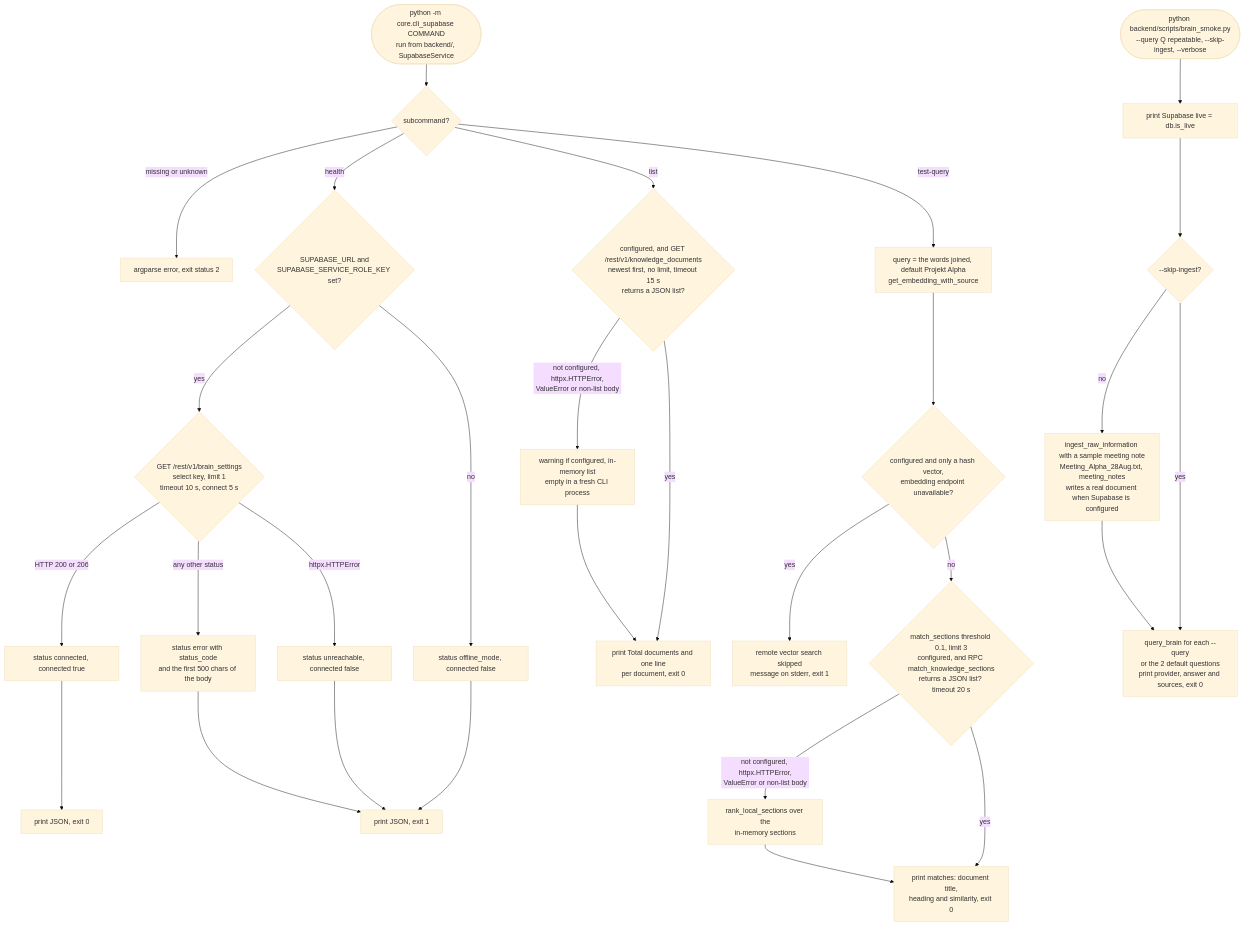
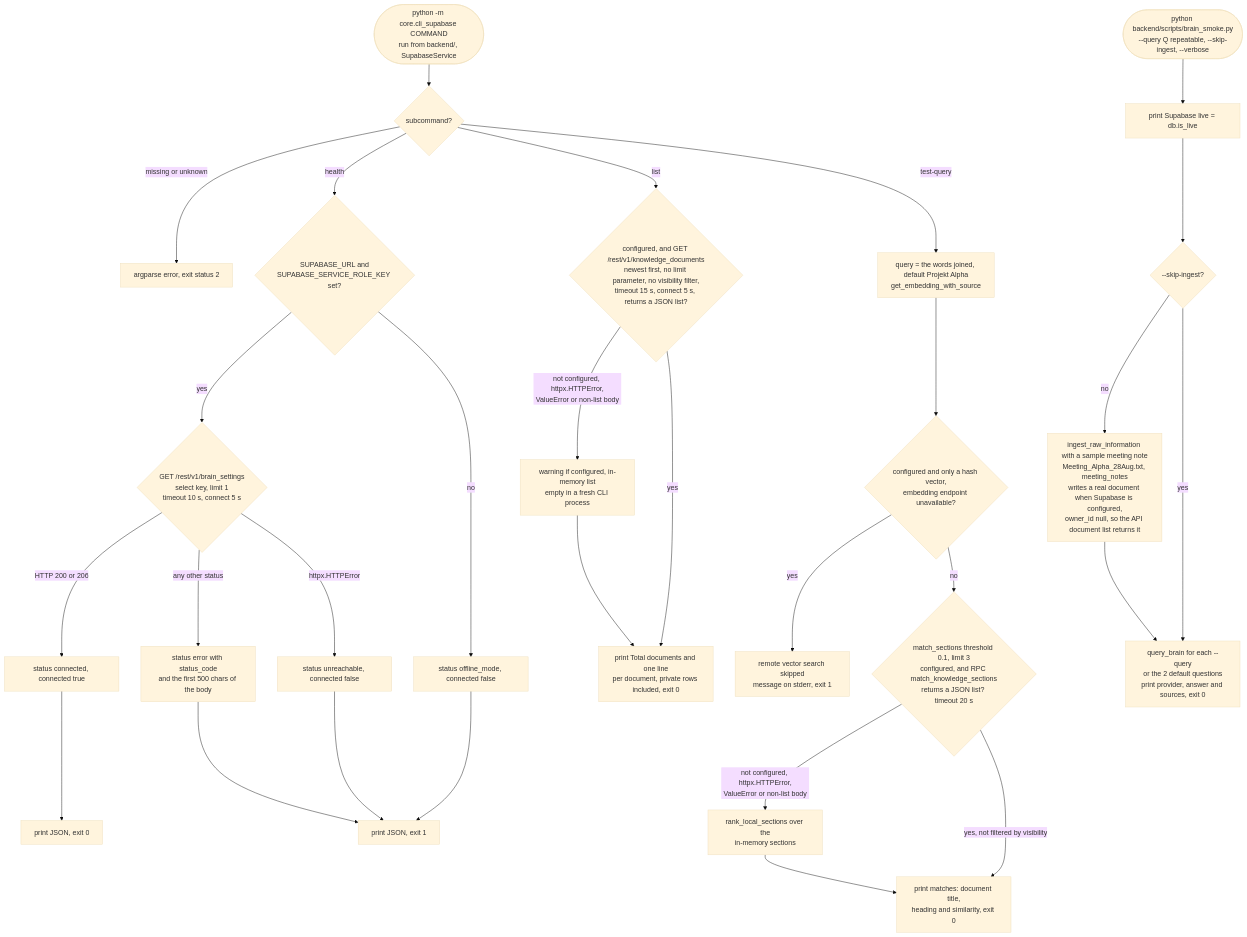
Before and after one commit to umutcantezgel-cpu/Starpi: the seventh of 7 diagrams in backend/README.md, drawn with Mermaid (base theme). The commit also changed other lines of this file and 15 other files, not shown here.

````diff
--- a/backend/README.md
+++ b/backend/README.md
@@ -359,31 +365,31 @@
 ```mermaid
 flowchart TD
     Cli(["python -m core.cli_supabase COMMAND<br/>run from backend/, SupabaseService"]) --> Parse{"subcommand?"}
     Parse -->|"missing or unknown"| ArgErr["argparse error, exit status 2"]
     Parse -->|"health"| HConf{"SUPABASE_URL and<br/>SUPABASE_SERVICE_ROLE_KEY set?"}
     HConf -->|"no"| HOff["status offline_mode, connected false"]
     HConf -->|"yes"| HGet{"GET /rest/v1/brain_settings<br/>select key, limit 1<br/>timeout 10 s, connect 5 s"}
     HGet -->|"httpx.HTTPError"| HUnr["status unreachable, connected false"]
     HGet -->|"HTTP 200 or 206"| HOk["status connected, connected true"]
     HGet -->|"any other status"| HErr["status error with status_code<br/>and the first 500 chars of the body"]
     HOk --> HExit0["print JSON, exit 0"]
     HOff --> HExit1["print JSON, exit 1"]
     HUnr --> HExit1
     HErr --> HExit1
-    Parse -->|"list"| LReq{"configured, and GET /rest/v1/knowledge_documents<br/>newest first, no limit, timeout 15 s<br/>returns a JSON list?"}
-    LReq -->|"yes"| LPrint["print Total documents and one line<br/>per document, exit 0"]
+    Parse -->|"list"| LReq{"configured, and GET /rest/v1/knowledge_documents<br/>newest first, no limit parameter, no visibility filter,<br/>timeout 15 s, connect 5 s, returns a JSON list?"}
+    LReq -->|"yes"| LPrint["print Total documents and one line<br/>per document, private rows included, exit 0"]
     LReq -->|"not configured, httpx.HTTPError,<br/>ValueError or non-list body"| LMem["warning if configured, in-memory list<br/>empty in a fresh CLI process"]
     LMem --> LPrint
     Parse -->|"test-query"| QText["query = the words joined, default Projekt Alpha<br/>get_embedding_with_source"]
     QText --> QReal{"configured and only a hash vector,<br/>embedding endpoint unavailable?"}
     QReal -->|"yes"| QE2["remote vector search skipped<br/>message on stderr, exit 1"]
     QReal -->|"no"| QM{"match_sections threshold 0.1, limit 3<br/>configured, and RPC match_knowledge_sections<br/>returns a JSON list? timeout 20 s"}
-    QM -->|"yes"| QPrint["print matches: document title,<br/>heading and similarity, exit 0"]
+    QM -->|"yes, not filtered by visibility"| QPrint["print matches: document title,<br/>heading and similarity, exit 0"]
     QM -->|"not configured, httpx.HTTPError,<br/>ValueError or non-list body"| QMem["rank_local_sections over the<br/>in-memory sections"]
     QMem --> QPrint
     Smoke(["python backend/scripts/brain_smoke.py<br/>--query Q repeatable, --skip-ingest, --verbose"]) --> SLive["print Supabase live = db.is_live"]
     SLive --> SIng{"--skip-ingest?"}
-    SIng -->|"no"| SIngest["ingest_raw_information with a sample meeting note<br/>Meeting_Alpha_28Aug.txt, meeting_notes<br/>writes a real document when Supabase is configured"]
+    SIng -->|"no"| SIngest["ingest_raw_information with a sample meeting note<br/>Meeting_Alpha_28Aug.txt, meeting_notes<br/>writes a real document when Supabase is configured,<br/>owner_id null, so the API document list returns it"]
     SIng -->|"yes"| SQ
     SIngest --> SQ["query_brain for each --query<br/>or the 2 default questions<br/>print provider, answer and sources, exit 0"]
 ```
````
